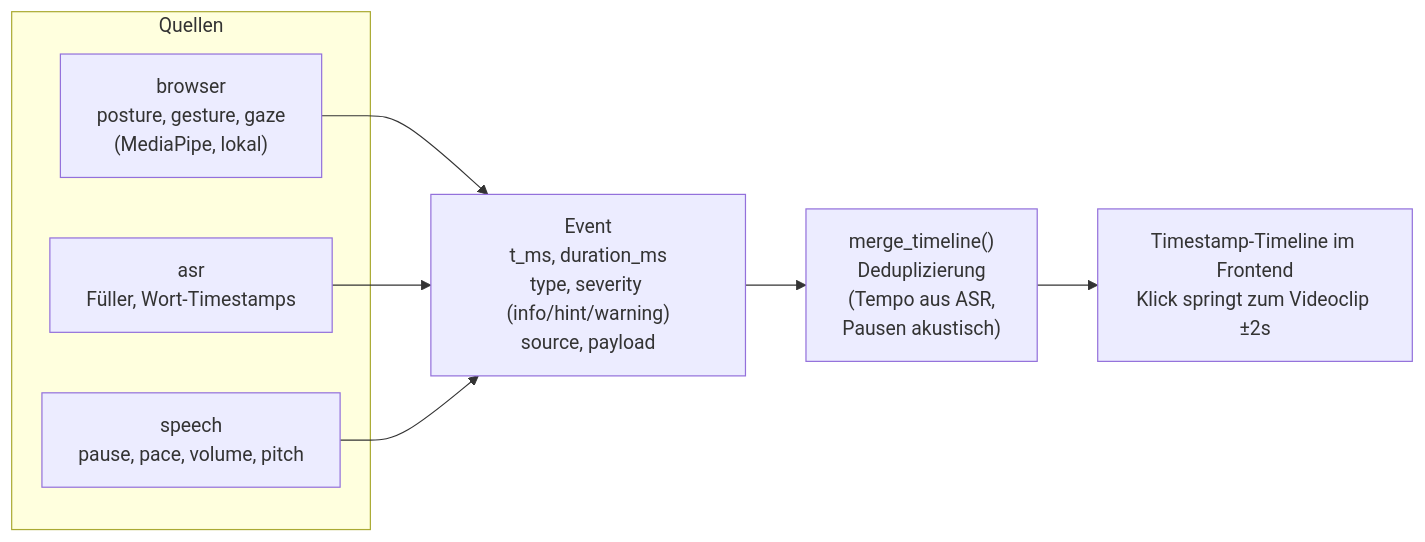
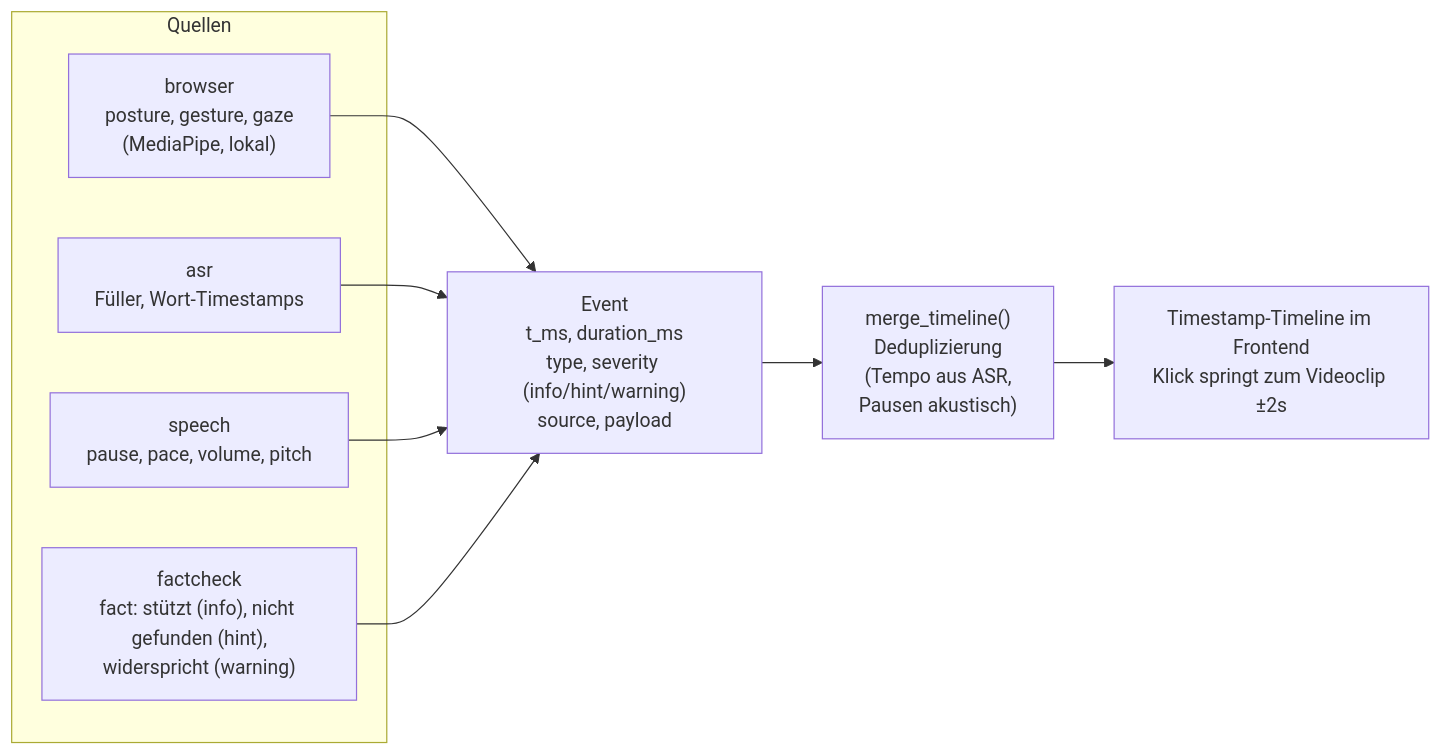
One commit to johannes3502/hackathon-fulda changed the ninth of 10 diagrams in docs/03-architecture.md. Above: the diagram before and after it, drawn with Mermaid. The commit also changed other lines of this file and 32 other files, not shown here.

````diff
--- a/docs/03-architecture.md
+++ b/docs/03-architecture.md
@@ -249,17 +308,19 @@
 ```mermaid
 flowchart LR
     subgraph Quellen
         B["browser<br/>posture, gesture, gaze<br/>(MediaPipe, lokal)"]
         A["asr<br/>Füller, Wort-Timestamps"]
         S["speech<br/>pause, pace, volume, pitch"]
+        F["factcheck<br/>fact: stützt (info), nicht gefunden (hint),<br/>widerspricht (warning)"]
     end
 
     EV["Event<br/>t_ms, duration_ms<br/>type, severity (info/hint/warning)<br/>source, payload"]
 
     B --> EV
     A --> EV
     S --> EV
+    F --> EV
 
     EV --> MT["merge_timeline()<br/>Deduplizierung<br/>(Tempo aus ASR,<br/>Pausen akustisch)"]
     MT --> UI["Timestamp-Timeline im Frontend<br/>Klick springt zum Videoclip ±2s"]
 ```
````
